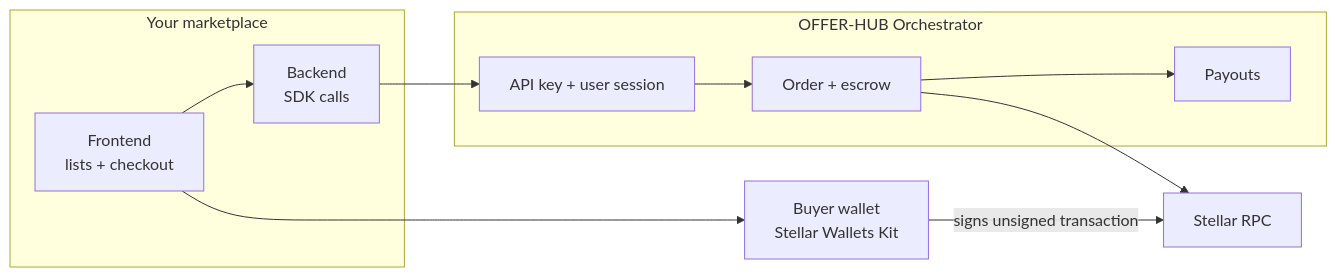
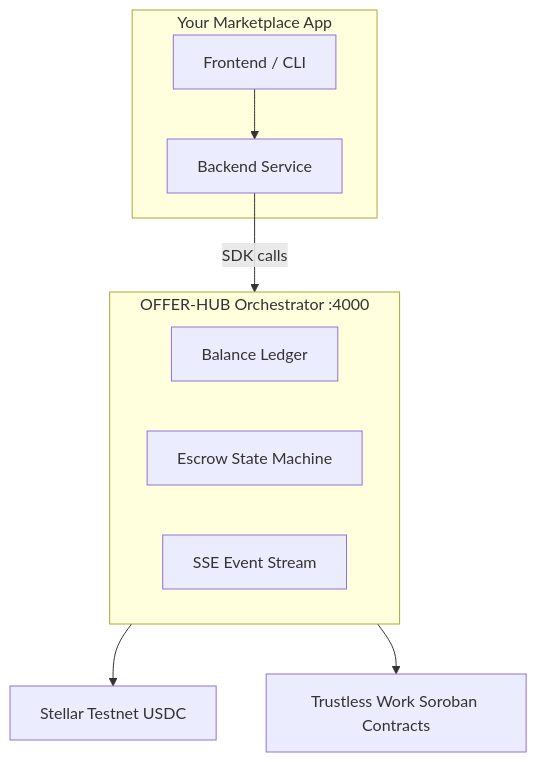
The first of 7 diagrams in content/docs/guide/build-your-first-marketplace.mdx (Joyful12-tech/offer-hub-monorepo), drawn with Mermaid before and after one commit. The commit also changed other lines of this file and 25 other files, not shown here.

````diff
--- a/content/docs/guide/build-your-first-marketplace.mdx
+++ b/content/docs/guide/build-your-first-marketplace.mdx
@@ -16,22 +23,22 @@
 ```mermaid
-flowchart LR
-    subgraph You["Your marketplace"]
-        UI["Frontend<br/>lists + checkout"]
-        API["Backend<br/>SDK calls"]
-        UI --> API
+flowchart TB
+    subgraph You["Your Marketplace App"]
+        UI[Frontend / CLI]
+        App[Backend Service]
+        UI --> App
     end
 
-    WALLET["Buyer wallet<br/>Stellar Wallets Kit"]
-    subgraph OH["OFFER-HUB Orchestrator"]
-        AUTH["API key + user session"]
-        ESCROW["Order + escrow"]
-        PAYOUT["Payouts"]
+    App -->|SDK calls| Orch
+
+    subgraph Orch["OFFER-HUB Orchestrator :4000"]
+        Ledger[Balance Ledger]
+        ESM[Escrow State Machine]
+        Events[SSE Event Stream]
     end
 
-    API --> AUTH
-    AUTH --> ESCROW
-    ESCROW --> PAYOUT
-    UI --> WALLET
-    WALLET -->|signs unsigned transaction| RPC[Stellar RPC]
-    ESCROW --> RPC
+    Orch --> Stellar
+    Orch --> TW
+
+    Stellar[Stellar Testnet USDC]
+    TW[Trustless Work Soroban Contracts]
 ```
````
